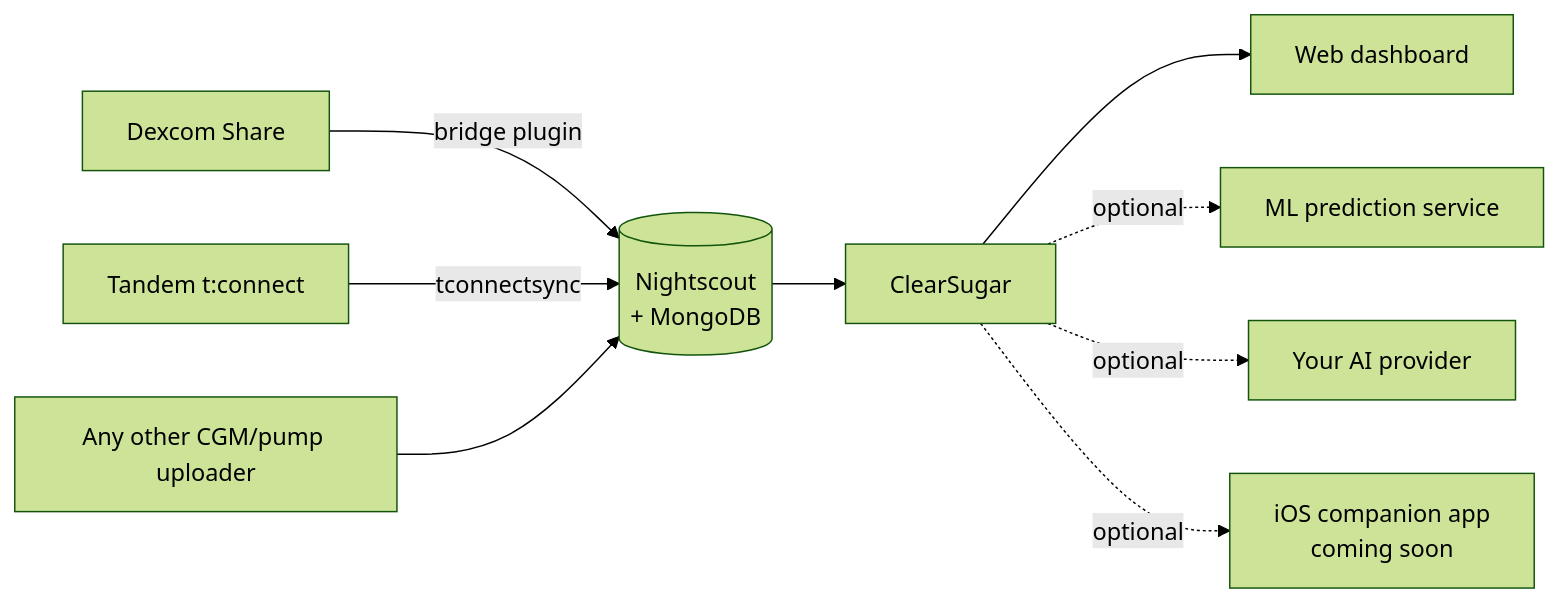
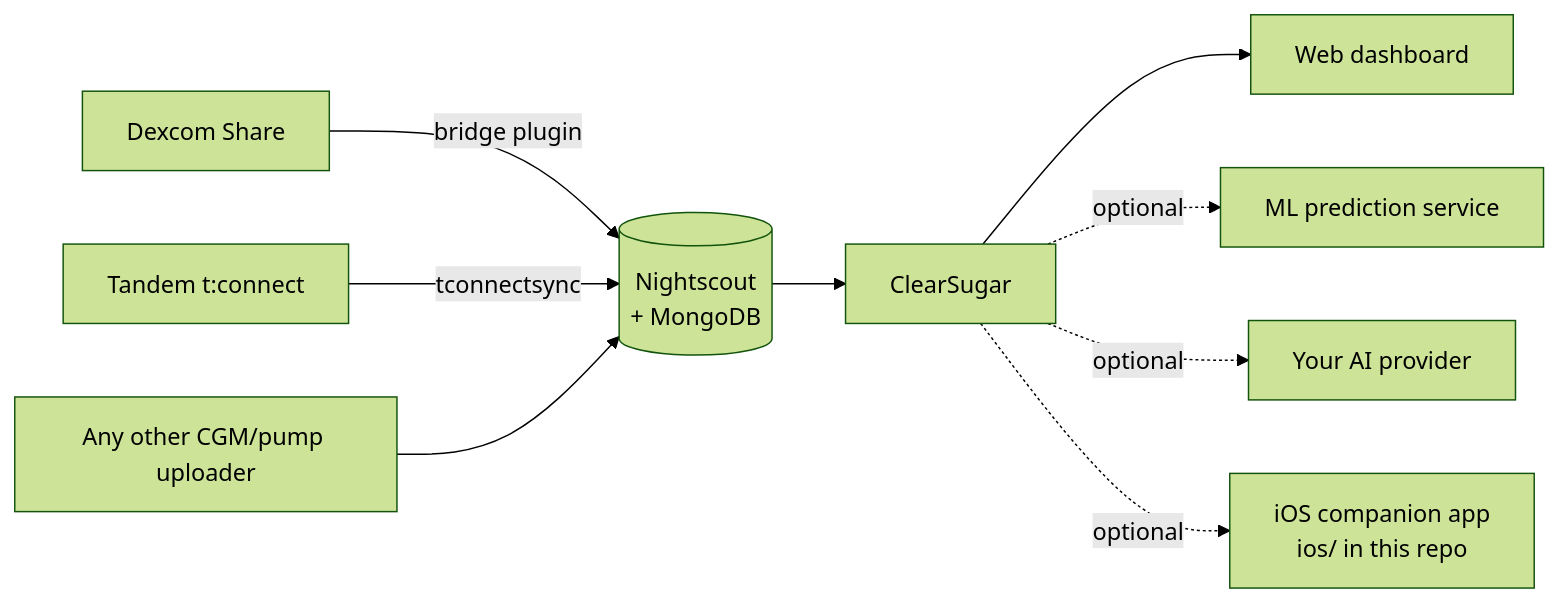
The diagram in README.md (craigpress/clearsugar-community), drawn with Mermaid (forest theme) before and after one commit. The commit also changed other lines of this file and 65 other files, not shown here.

First line of the commit message:
Add iOS companion app, real anonymized screenshots, and analysis gallery

````diff
--- a/README.md
+++ b/README.md
@@ -75,11 +174,11 @@
 ```mermaid
 flowchart LR
     DX[Dexcom Share] -->|bridge plugin| NS[(Nightscout<br/>+ MongoDB)]
     TC[Tandem t:connect] -->|tconnectsync| NS
     OTHER[Any other CGM/pump uploader] --> NS
     NS --> CS[ClearSugar]
     CS --> WEB[Web dashboard]
     CS -.optional.-> ML[ML prediction service]
     CS -.optional.-> AI[Your AI provider]
-    CS -.optional.-> IOS[iOS companion app<br/>coming soon]
+    CS -.optional.-> IOS[iOS companion app<br/>ios/ in this repo]
 ```
````
